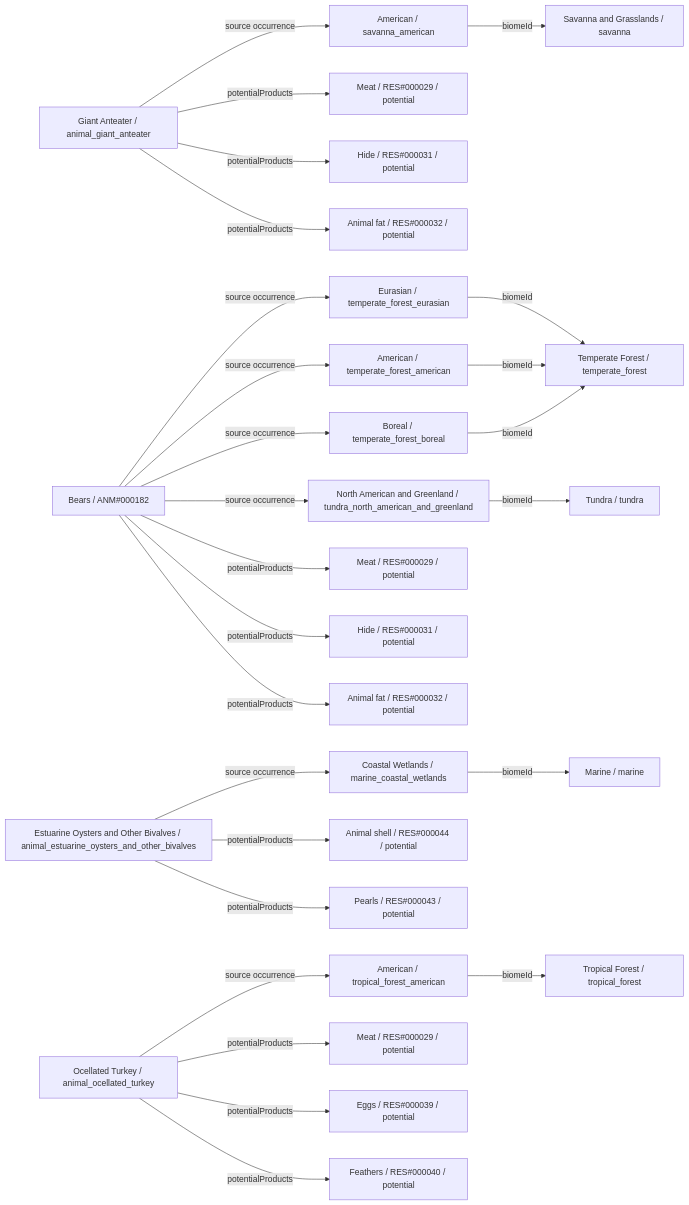
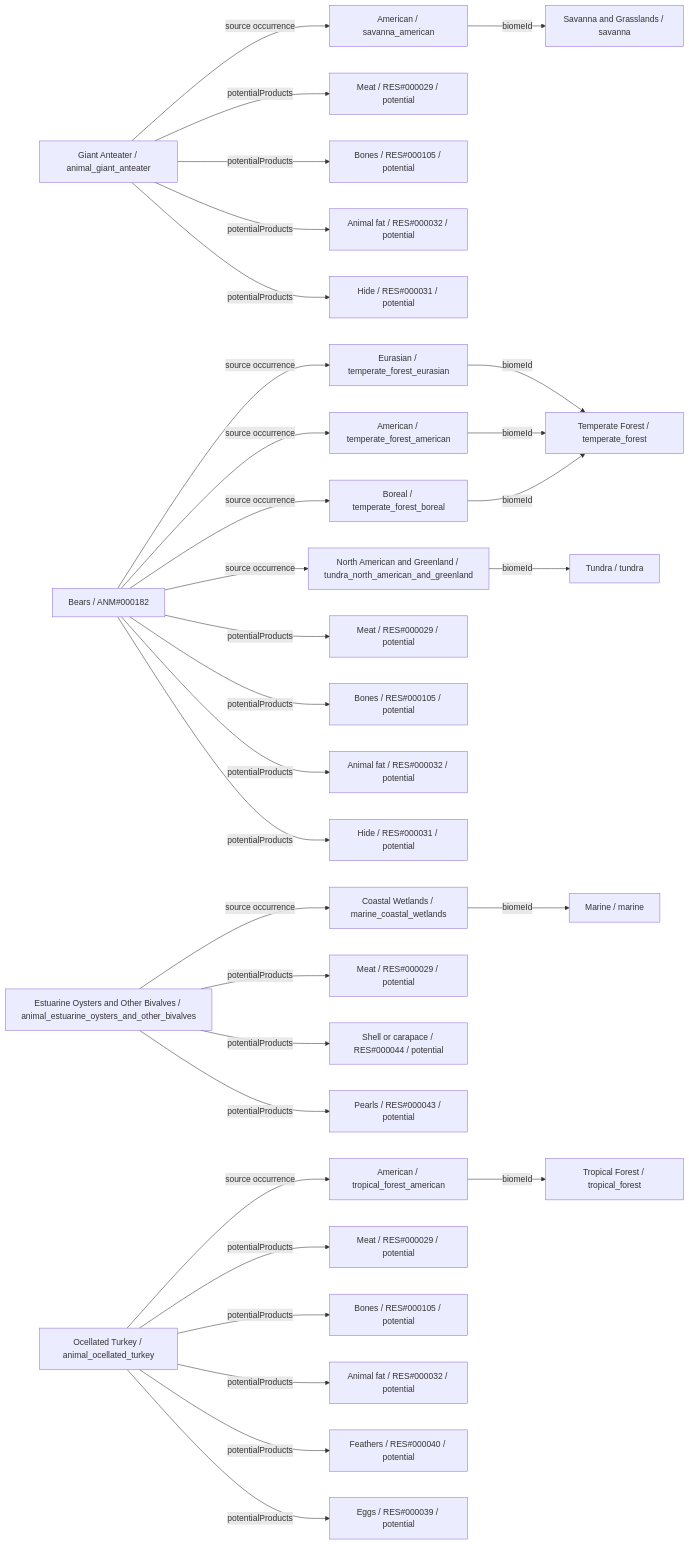
One commit to fgabo404/EvolveDoc changed diagram 17 of 26 in data/animals/DIAGRAMS.md. Above: the diagram before and after it, drawn with Mermaid. The commit also changed other lines of this file and 44 other files, not shown here.

````diff
--- a/data/animals/DIAGRAMS.md
+++ b/data/animals/DIAGRAMS.md
@@ -819,55 +1179,65 @@
 ```mermaid
 flowchart LR
     c0["Giant Anteater / animal_giant_anteater"]
     v12["American / savanna_american"]
     b3["Savanna and Grasslands / savanna"]
     o0_0["Meat / RES#000029 / potential"]
-    o0_1["Hide / RES#000031 / potential"]
+    o0_1["Bones / RES#000105 / potential"]
     o0_2["Animal fat / RES#000032 / potential"]
+    o0_3["Hide / RES#000031 / potential"]
     c1["Bears / ANM#000182"]
     v4["Eurasian / temperate_forest_eurasian"]
     b1["Temperate Forest / temperate_forest"]
     v5["American / temperate_forest_american"]
     v7["Boreal / temperate_forest_boreal"]
     v8["North American and Greenland / tundra_north_american_and_greenland"]
     b2["Tundra / tundra"]
     o1_0["Meat / RES#000029 / potential"]
-    o1_1["Hide / RES#000031 / potential"]
+    o1_1["Bones / RES#000105 / potential"]
     o1_2["Animal fat / RES#000032 / potential"]
+    o1_3["Hide / RES#000031 / potential"]
     c2["Estuarine Oysters and Other Bivalves / animal_estuarine_oysters_and_other_bivalves"]
     v22["Coastal Wetlands / marine_coastal_wetlands"]
     b5["Marine / marine"]
-    o2_0["Animal shell / RES#000044 / potential"]
-    o2_1["Pearls / RES#000043 / potential"]
+    o2_0["Meat / RES#000029 / potential"]
+    o2_1["Shell or carapace / RES#000044 / potential"]
+    o2_2["Pearls / RES#000043 / potential"]
     c3["Ocellated Turkey / animal_ocellated_turkey"]
     v0["American / tropical_forest_american"]
     b0["Tropical Forest / tropical_forest"]
     o3_0["Meat / RES#000029 / potential"]
-    o3_1["Eggs / RES#000039 / potential"]
-    o3_2["Feathers / RES#000040 / potential"]
+    o3_1["Bones / RES#000105 / potential"]
+    o3_2["Animal fat / RES#000032 / potential"]
+    o3_3["Feathers / RES#000040 / potential"]
+    o3_4["Eggs / RES#000039 / potential"]
     c0 -->|potentialProducts| o0_0
     c0 -->|potentialProducts| o0_1
     c0 -->|potentialProducts| o0_2
+    c0 -->|potentialProducts| o0_3
     c0 -->|source occurrence| v12
     c1 -->|potentialProducts| o1_0
     c1 -->|potentialProducts| o1_1
     c1 -->|potentialProducts| o1_2
+    c1 -->|potentialProducts| o1_3
     c1 -->|source occurrence| v4
     c1 -->|source occurrence| v5
     c1 -->|source occurrence| v7
     c1 -->|source occurrence| v8
     c2 -->|potentialProducts| o2_0
     c2 -->|potentialProducts| o2_1
+    c2 -->|potentialProducts| o2_2
     c2 -->|source occurrence| v22
     c3 -->|potentialProducts| o3_0
     c3 -->|potentialProducts| o3_1
     c3 -->|potentialProducts| o3_2
+    c3 -->|potentialProducts| o3_3
+    c3 -->|potentialProducts| o3_4
     c3 -->|source occurrence| v0
     v0 -->|biomeId| b0
     v12 -->|biomeId| b3
     v22 -->|biomeId| b5
     v4 -->|biomeId| b1
     v5 -->|biomeId| b1
     v7 -->|biomeId| b1
     v8 -->|biomeId| b2
 ```
````
